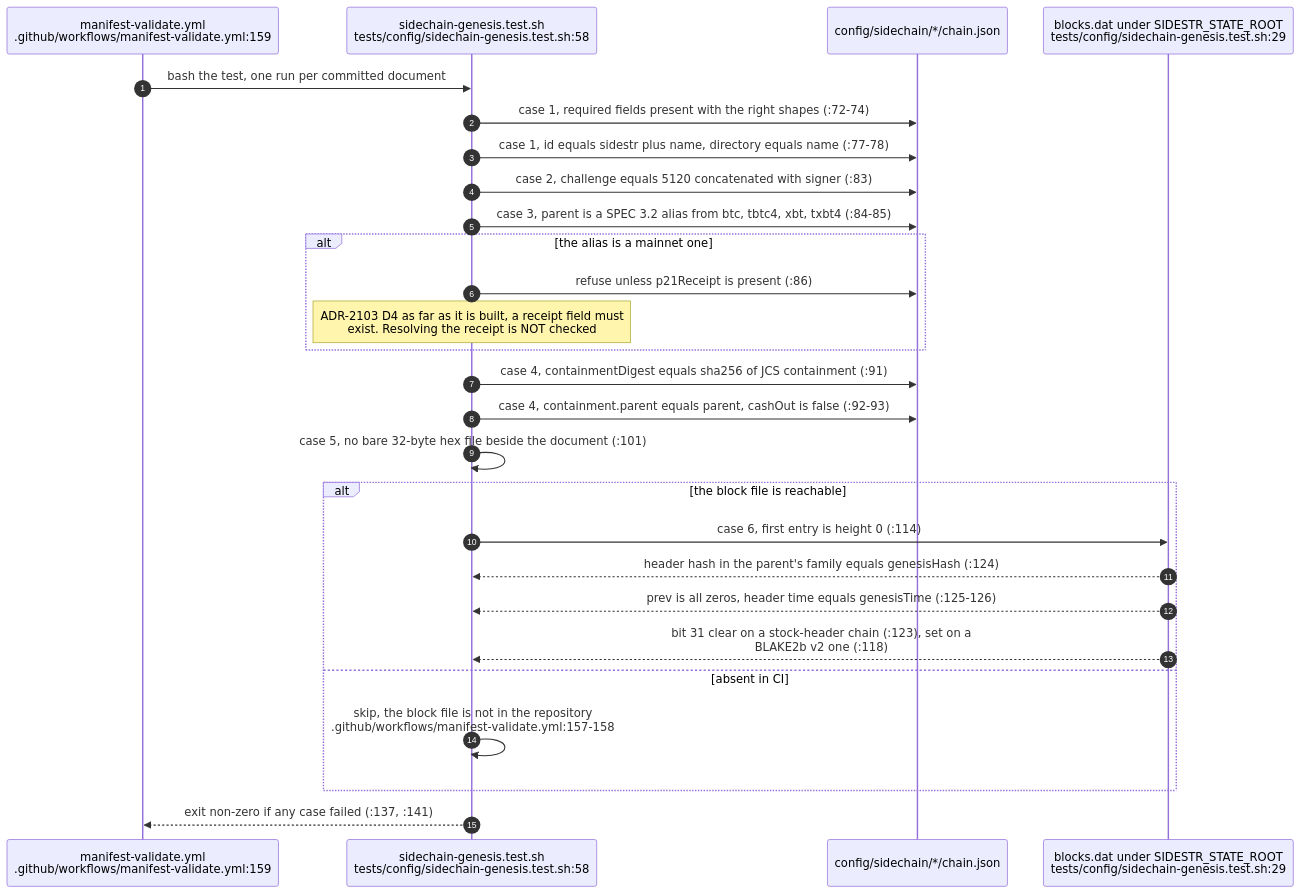
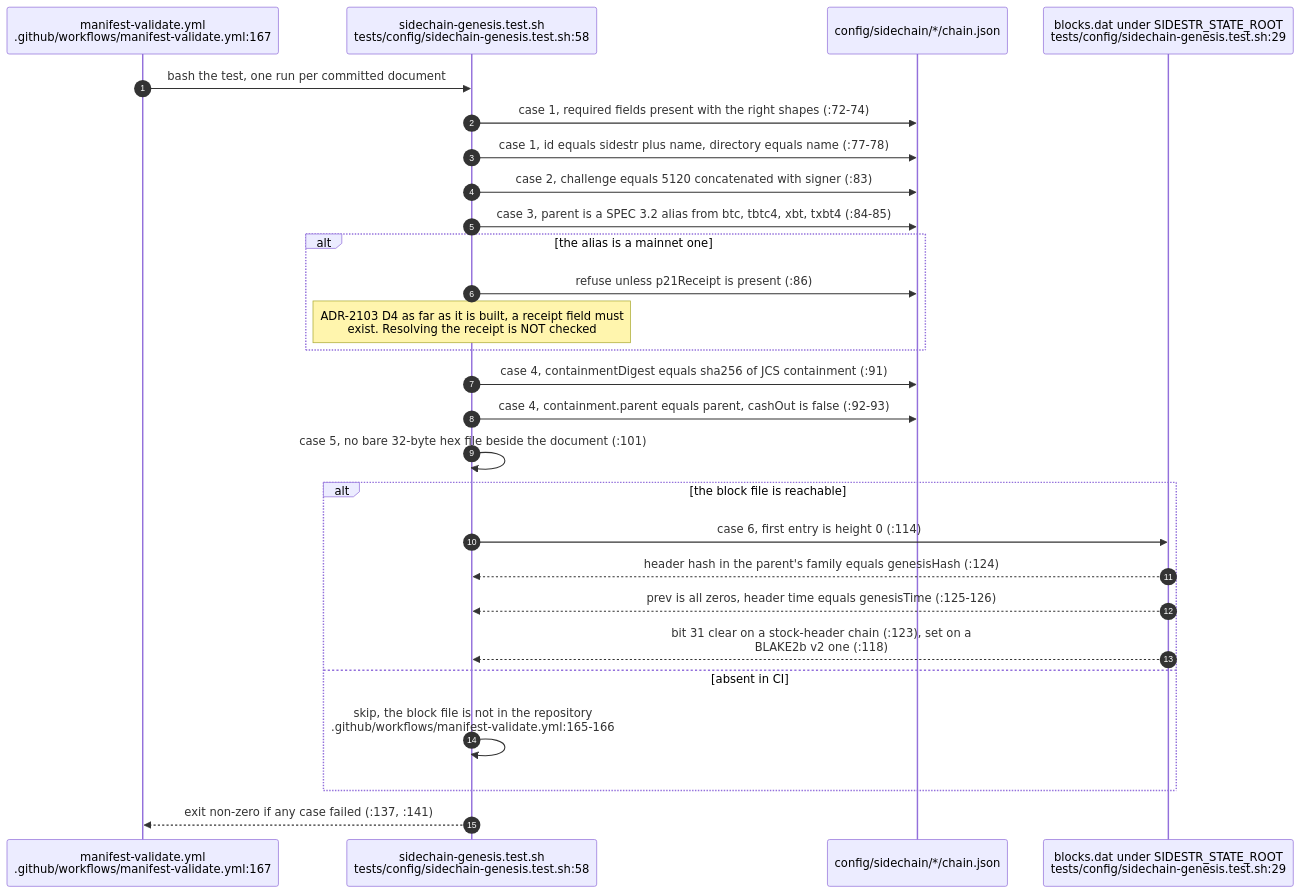
One commit to DreamLab-AI/VisionFlow changed the third of 5 diagrams in docs/diagrams/agentbox/32-sidechain-root-seal.md. Above: the diagram before and after it, drawn with Mermaid. The commit also changed other lines of this file and 14 other files, not shown here.

Commit message:
docs: align settlement, daemon and dated health diagrams

````diff
--- a/docs/diagrams/agentbox/32-sidechain-root-seal.md
+++ b/docs/diagrams/agentbox/32-sidechain-root-seal.md
@@ -111,30 +111,30 @@
 ```mermaid
 sequenceDiagram
     autonumber
-    participant CI as manifest-validate.yml<br/>.github/workflows/manifest-validate.yml:159
+    participant CI as manifest-validate.yml<br/>.github/workflows/manifest-validate.yml:167
     participant T as sidechain-genesis.test.sh<br/>tests/config/sidechain-genesis.test.sh:58
     participant DOC as config/sidechain/*/chain.json
     participant DAT as blocks.dat under SIDESTR_STATE_ROOT<br/>tests/config/sidechain-genesis.test.sh:29
 
     CI->>T: bash the test, one run per committed document
     T->>DOC: case 1, required fields present with the right shapes (:72-74)
     T->>DOC: case 1, id equals sidestr plus name, directory equals name (:77-78)
     T->>DOC: case 2, challenge equals 5120 concatenated with signer (:83)
     T->>DOC: case 3, parent is a SPEC 3.2 alias from btc, tbtc4, xbt, txbt4 (:84-85)
     alt the alias is a mainnet one
         T->>DOC: refuse unless p21Receipt is present (:86)
         Note over T: ADR-2103 D4 as far as it is built, a receipt field must<br/>exist. Resolving the receipt is NOT checked
     end
     T->>DOC: case 4, containmentDigest equals sha256 of JCS containment (:91)
     T->>DOC: case 4, containment.parent equals parent, cashOut is false (:92-93)
     T->>T: case 5, no bare 32-byte hex file beside the document (:101)
     alt the block file is reachable
         T->>DAT: case 6, first entry is height 0 (:114)
         DAT-->>T: header hash in the parent's family equals genesisHash (:124)
         DAT-->>T: prev is all zeros, header time equals genesisTime (:125-126)
         DAT-->>T: bit 31 clear on a stock-header chain (:123), set on a<br/>BLAKE2b v2 one (:118)
     else absent in CI
-        T->>T: skip, the block file is not in the repository<br/>.github/workflows/manifest-validate.yml:157-158
+        T->>T: skip, the block file is not in the repository<br/>.github/workflows/manifest-validate.yml:165-166
     end
     T-->>CI: exit non-zero if any case failed (:137, :141)
 ```
````
